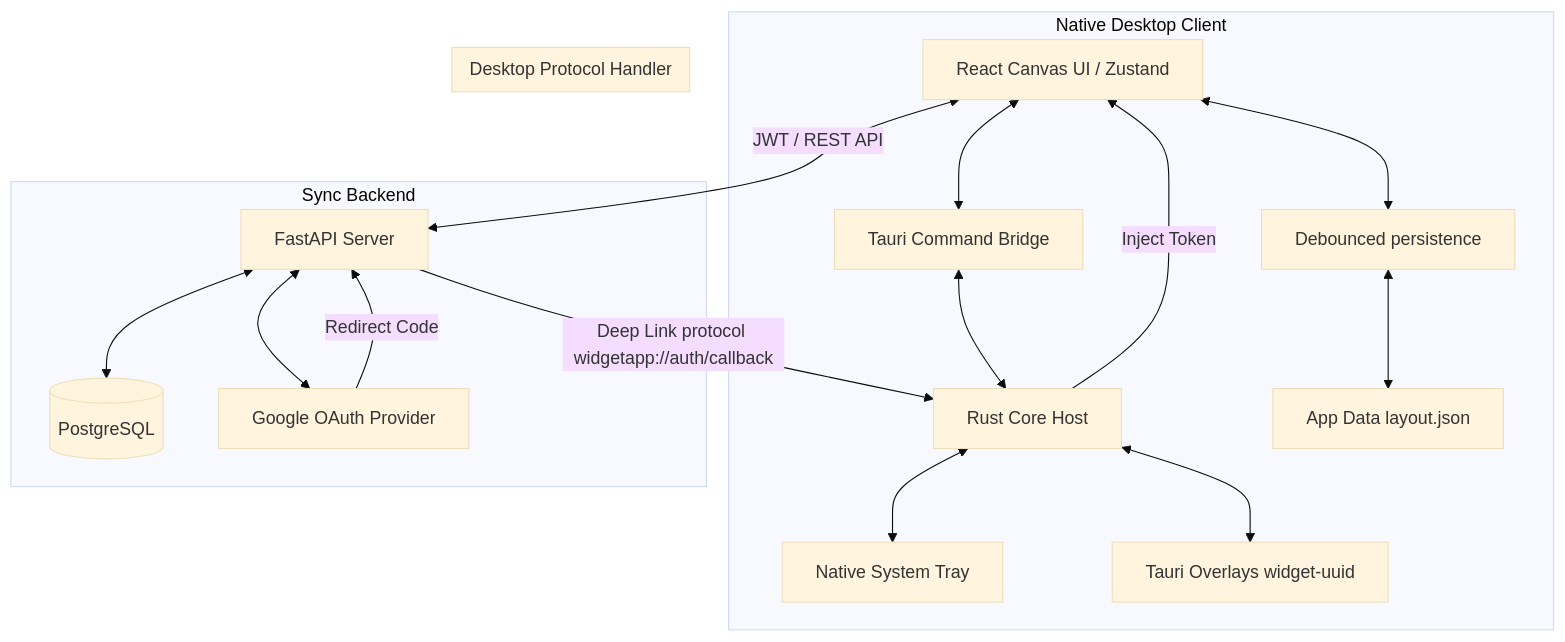
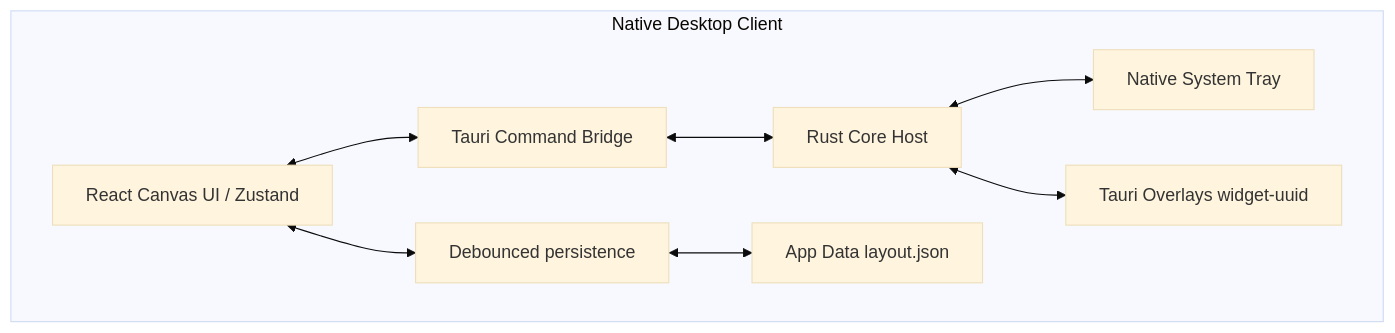
The first of 3 diagrams in desktop/SYSTEM_DESIGN.md (susin-d/Widget-Studio), drawn with Mermaid (base theme) before and after one commit. The commit also changed other lines of this file and 26 other files, not shown here.

Commit message:
Remove remote service and deep-link dependencies

````diff
--- a/desktop/SYSTEM_DESIGN.md
+++ b/desktop/SYSTEM_DESIGN.md
@@ -13,23 +13,12 @@
 ```mermaid
 flowchart TB
     subgraph Native Desktop Client
         UI[React Canvas UI / Zustand] <--> NativeBridge[Tauri Command Bridge]
         NativeBridge <--> RustHost[Rust Core Host]
         RustHost <--> SystemTray[Native System Tray]
         RustHost <--> WidgetWindows[Tauri Overlays widget-uuid]
         UI <--> DebouncePersist[Debounced persistence]
         DebouncePersist <--> LocalJSON[App Data layout.json]
     end
 
-    subgraph Sync Backend
-        UI <-->|JWT / REST API| FastAPI[FastAPI Server]
-        FastAPI <--> DB[(PostgreSQL)]
-        FastAPI <--> GoogleOAuth[Google OAuth Provider]
-    end
-
-    subgraph Desktop Protocol Handler
-        GoogleOAuth -->|Redirect Code| FastAPI
-        FastAPI -->|Deep Link protocol widgetapp://auth/callback| RustHost
-        RustHost -->|Inject Token| UI
-    end
 ```
````
